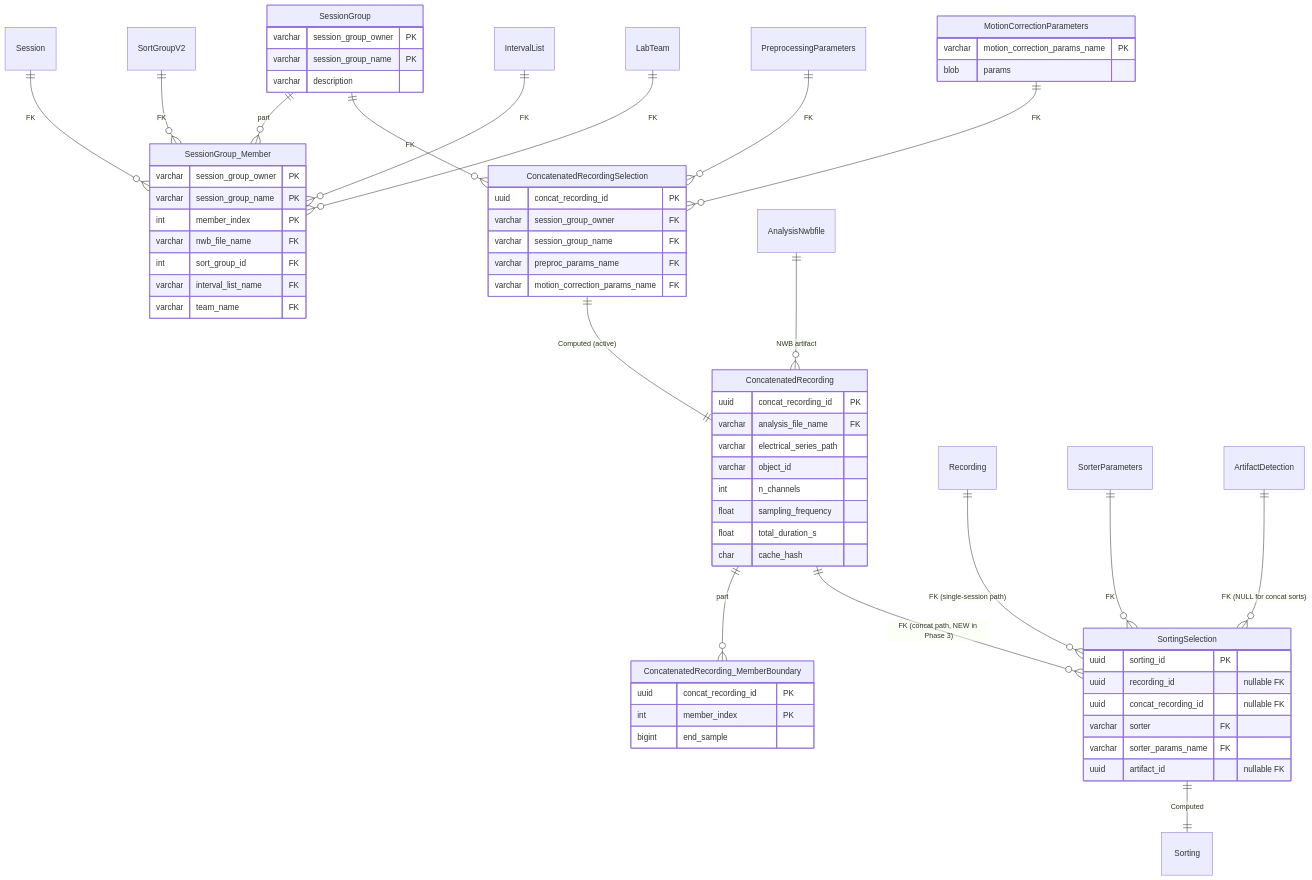
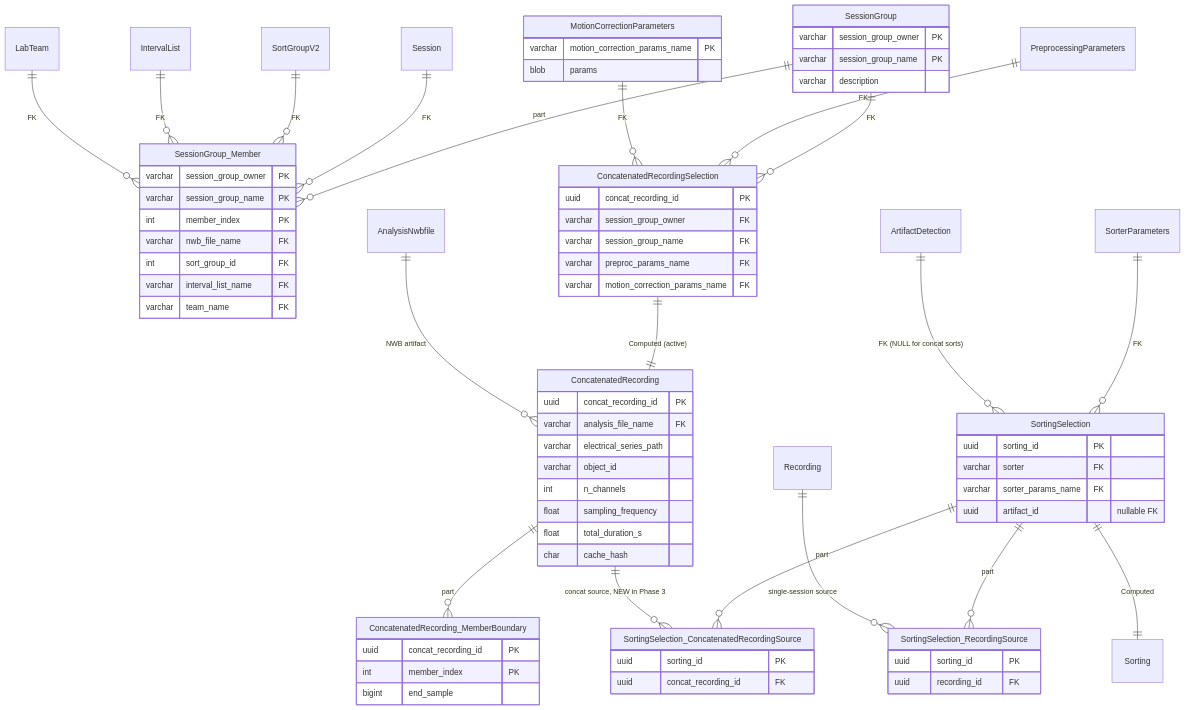
The first of 2 diagrams in .claude/docs/plans/spikesorting-v2/diagrams/03-phase-3.md (LorenFrankLab/spyglass), drawn with Mermaid before and after one commit. The commit also changed other lines of this file and 10 other files, not shown here.

First line of the commit message:
Use source-part pattern instead of nullable-XOR FKs

````diff
--- a/.claude/docs/plans/spikesorting-v2/diagrams/03-phase-3.md
+++ b/.claude/docs/plans/spikesorting-v2/diagrams/03-phase-3.md
@@ -17,73 +17,81 @@
 ```mermaid
 erDiagram
     %% ===== From Phase 1 =====
 
     %% ===== Schema declared Phase 1, ACTIVATED Phase 3 =====
     SessionGroup {
         varchar session_group_owner PK
         varchar session_group_name PK
         varchar description
     }
     SessionGroup_Member {
         varchar session_group_owner PK
         varchar session_group_name PK
         int member_index PK
         varchar nwb_file_name FK
         int sort_group_id FK
         varchar interval_list_name FK
         varchar team_name FK
     }
     MotionCorrectionParameters {
         varchar motion_correction_params_name PK
         blob params
     }
     ConcatenatedRecordingSelection {
         uuid concat_recording_id PK
         varchar session_group_owner FK
         varchar session_group_name FK
         varchar preproc_params_name FK
         varchar motion_correction_params_name FK
     }
     ConcatenatedRecording {
         uuid concat_recording_id PK
         varchar analysis_file_name FK
         varchar electrical_series_path
         varchar object_id
         int n_channels
         float sampling_frequency
         float total_duration_s
         char cache_hash
     }
     ConcatenatedRecording_MemberBoundary {
         uuid concat_recording_id PK
         int member_index PK
         bigint end_sample
     }
     SortingSelection {
         uuid sorting_id PK
-        uuid recording_id "nullable FK"
-        uuid concat_recording_id "nullable FK"
         varchar sorter FK
         varchar sorter_params_name FK
         uuid artifact_id "nullable FK"
+    }
+    SortingSelection_RecordingSource {
+        uuid sorting_id PK
+        uuid recording_id FK
+    }
+    SortingSelection_ConcatenatedRecordingSource {
+        uuid sorting_id PK
+        uuid concat_recording_id FK
     }
 
     SessionGroup ||--o{ SessionGroup_Member : "part"
     Session ||--o{ SessionGroup_Member : "FK"
     SortGroupV2 ||--o{ SessionGroup_Member : "FK"
     IntervalList ||--o{ SessionGroup_Member : "FK"
     LabTeam ||--o{ SessionGroup_Member : "FK"
     SessionGroup ||--o{ ConcatenatedRecordingSelection : "FK"
     PreprocessingParameters ||--o{ ConcatenatedRecordingSelection : "FK"
     MotionCorrectionParameters ||--o{ ConcatenatedRecordingSelection : "FK"
     ConcatenatedRecordingSelection ||--|| ConcatenatedRecording : "Computed (active)"
     ConcatenatedRecording ||--o{ ConcatenatedRecording_MemberBoundary : "part"
     AnalysisNwbfile ||--o{ ConcatenatedRecording : "NWB artifact"
 
-    %% ===== The XOR FK on SortingSelection now permits concat_recording_id =====
-    Recording ||--o{ SortingSelection : "FK (single-session path)"
-    ConcatenatedRecording ||--o{ SortingSelection : "FK (concat path, NEW in Phase 3)"
+    %% ===== The concat source part is now accepted =====
+    SortingSelection ||--o{ SortingSelection_RecordingSource : "part"
+    SortingSelection ||--o{ SortingSelection_ConcatenatedRecordingSource : "part"
+    Recording ||--o{ SortingSelection_RecordingSource : "single-session source"
+    ConcatenatedRecording ||--o{ SortingSelection_ConcatenatedRecordingSource : "concat source, NEW in Phase 3"
     SorterParameters ||--o{ SortingSelection : "FK"
     ArtifactDetection ||--o{ SortingSelection : "FK (NULL for concat sorts)"
     SortingSelection ||--|| Sorting : "Computed"
 ```
````
